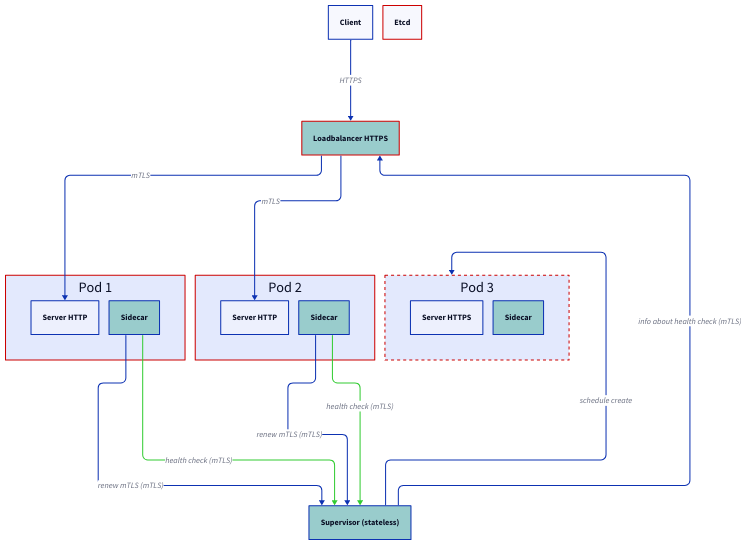
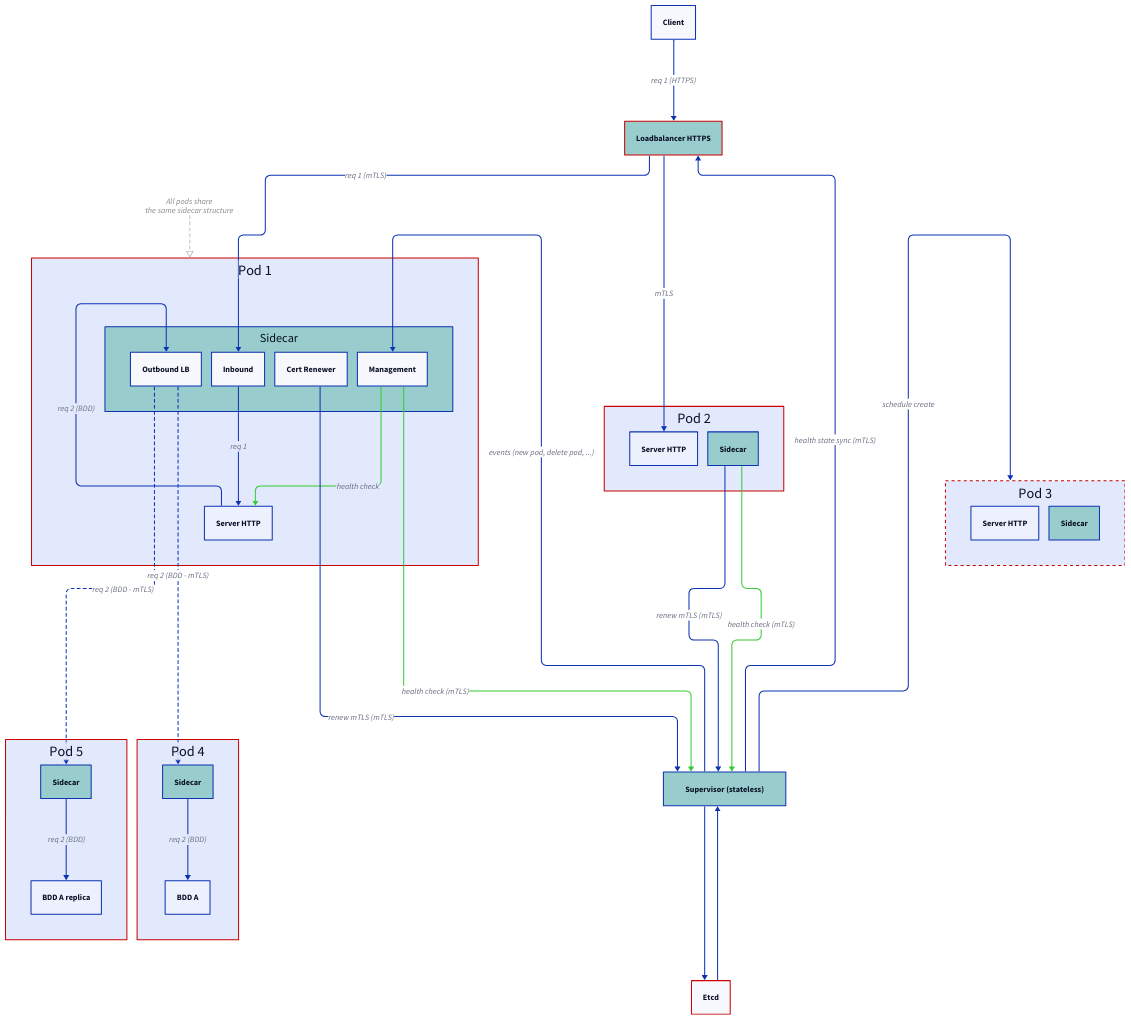
Before and after one commit to syrm/noyra: the diagram in docs/schema.d2, drawn with D2. The commit also changed 35 other files, not shown here.

```diff
--- a/docs/schema.d2
+++ b/docs/schema.d2
@@ -1,90 +1,139 @@
 vars: {
   d2-config: {
     layout-engine: elk
   }
   d2-legend: {
     noyra: {
       label: Noyra
       style: {
         fill: "#99cccc"
       }
     }
     podman: {
       label: Podman
       style: {
         stroke: "#cc0000"
+        stroke-width: 4
       }
     }
   }
 }
 
 classes: {
   noyra: {
     style: {
       fill: "#99cccc"
     }
   }
   podman: {
     style: {
       stroke: "#cc0000"
     }
   }
   healthcheck: {
     style: {
       stroke: "#33cc33"
     }
   }
   dashed: {
     style: {
       stroke-dash: 3
     }
   }
+  note: {
+    shape: text
+    style: {
+      italic: true
+      font-color: "#888888"
+    }
+  }
+  annotation: {
+    style: {
+      stroke-dash: 3
+      stroke: "#888888"
+      opacity: 0.5
+    }
+    target-arrowhead: {
+      style: {
+        filled: false
+      }
+    }
+  }
   invisible: {
     style: {
       opacity: 0
     }
   }
 }
 
 Client
 
 NoyraLB: "Loadbalancer HTTPS"
 NoyraLB.class: [noyra; podman]
 
 Pod1: "Pod 1"
 Pod1.class: podman
-Pod1.ServerHTTPS: "Server HTTP"
+Pod1.ServerHTTP: "Server HTTP"
 Pod1.Sidecar: "Sidecar"
 Pod1.Sidecar.class: noyra
+Pod1.Sidecar.Out: Outbound LB
+Pod1.Sidecar.In: Inbound
+Pod1.Sidecar.Cert: Cert Renewer
+Pod1.Sidecar.Mgmt: Management
+Pod1.Sidecar.Mgmt -> Pod1.ServerHTTP: health check {class: healthcheck}
+Note: "All pods share\nthe same sidecar structure"
+Note.class: note
+Note -> Pod1: {class: annotation}
 
 Pod2: "Pod 2"
 Pod2.class: podman
-Pod2.ServerHTTPS: "Server HTTP"
+Pod2.ServerHTTP: "Server HTTP"
 Pod2.Sidecar: "Sidecar"
 Pod2.Sidecar.class: noyra
 
 Pod3: "Pod 3"
 Pod3.class:  [dashed; podman]
-Pod3.ServerHTTPS: "Server HTTPS"
+Pod3.ServerHTTP: "Server HTTP"
 Pod3.Sidecar: "Sidecar"
 Pod3.Sidecar.class: noyra
 
-Client -> NoyraLB: HTTPS
-NoyraLB -> Pod1.ServerHTTPS: mTLS
-NoyraLB -> Pod2.ServerHTTPS: mTLS
-NoyraLB -> Pod3.ServerHTTPS: {class: invisible}
+Pod4: "Pod 4"
+Pod4.class: podman
+Pod4.BDD: "BDD A"
+Pod4.Sidecar: "Sidecar"
+Pod4.Sidecar.class: noyra
 
-Pod1.Sidecar -> NoyraS: renew mTLS (mTLS)
+Pod5: "Pod 5"
+Pod5.class: podman
+Pod5.BDDr: "BDD A replica"
+Pod5.Sidecar: "Sidecar"
+Pod5.Sidecar.class: noyra
+
+Client -> NoyraLB: req 1 (HTTPS)
+NoyraLB -> Pod1.Sidecar.In: req 1 (mTLS)
+Pod1.Sidecar.In -> Pod1.ServerHTTP: req 1
+
+Pod1.ServerHTTP -> Pod1.Sidecar.Out: req 2 (BDD)
+Pod1.Sidecar.Out -> Pod4.Sidecar: req 2 (BDD - mTLS) {class: dashed}
+Pod4.Sidecar -> Pod4.BDD: req 2 (BDD)
+Pod1.Sidecar.Out -> Pod5.Sidecar: req 2 (BDD - mTLS) {class: dashed}
+Pod5.Sidecar -> Pod5.BDDr: req 2 (BDD)
+
+NoyraLB -> Pod2.ServerHTTP: mTLS
+
+Pod1.Sidecar.Cert -> NoyraS: renew mTLS (mTLS)
 Pod2.Sidecar -> NoyraS: renew mTLS (mTLS)
 Pod3.Sidecar -> NoyraS: {class: invisible}
 
-Pod1.Sidecar -> NoyraS: health check (mTLS) {class: healthcheck}
+Pod1.Sidecar.Mgmt -> NoyraS: health check (mTLS) {class: healthcheck}
 Pod2.Sidecar -> NoyraS: health check (mTLS) {class: healthcheck}
 
 NoyraS: "Supervisor (stateless)"
 NoyraS.class: noyra
 NoyraS -> Pod3: schedule create
-
-NoyraS -> NoyraLB: info about health check (mTLS)
+NoyraS -> Pod1.Sidecar.Mgmt: events (new pod, delete pod, ...)
+NoyraS -> NoyraLB: health state sync (mTLS)
 
 Etcd.class: podman
+NoyraS -> Etcd
+Etcd -> NoyraS
```
